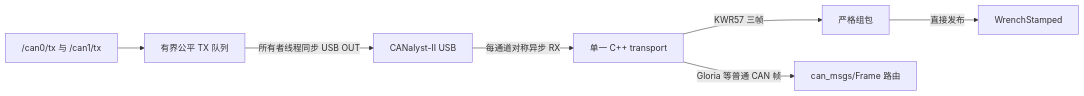
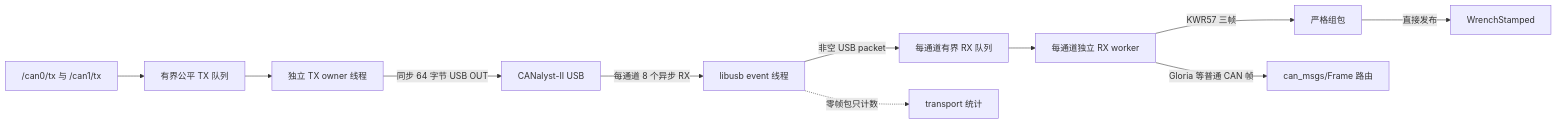
One commit to yizhongzhang1989/Unitree_G1_Workspace changed the diagram in src/canalystii_native_bridge/README.md. Above: the diagram before and after it, drawn with Mermaid. The commit also changed other lines of this file and 2 other files, not shown here.

Commit message:
fix: eliminate CANalyst-II RX scheduling tails

````diff
--- a/src/canalystii_native_bridge/README.md
+++ b/src/canalystii_native_bridge/README.md
@@ -57,9 +54,13 @@
 ```mermaid
 flowchart LR
-  USB["CANalyst-II USB"] -->|"每通道对称异步 RX"| T["单一 C++ transport"]
-  T -->|"KWR57 三帧"| K["严格组包"]
+  USB["CANalyst-II USB"] -->|"每通道 8 个异步 RX"| E["libusb event 线程"]
+  E -->|"非空 USB packet"| R["每通道有界 RX 队列"]
+  E -.->|"零帧包只计数"| S["transport 统计"]
+  R --> P["每通道独立 RX worker"]
+  P -->|"KWR57 三帧"| K["严格组包"]
   K -->|"直接发布"| W["WrenchStamped"]
-  T -->|"Gloria 等普通 CAN 帧"| F["can_msgs/Frame 路由"]
+  P -->|"Gloria 等普通 CAN 帧"| F["can_msgs/Frame 路由"]
   X["/can0/tx 与 /can1/tx"] --> Q["有界公平 TX 队列"]
-  Q -->|"所有者线程同步 USB OUT"| USB
+  Q --> T["独立 TX owner 线程"]
+  T -->|"同步 64 字节 USB OUT"| USB
 ```
````
